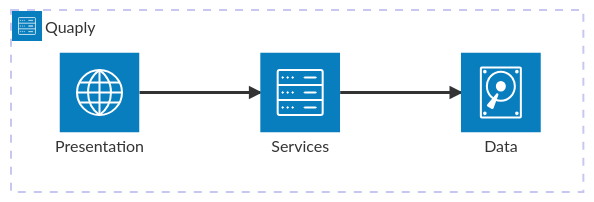
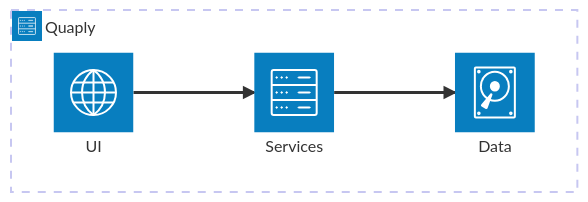
The first of 2 diagrams in Docs/ARCHITECTURE.md (GeMiNiOranGe/Quaply), drawn with Mermaid before and after one commit. The commit also changed other lines of this file, not shown here.

Commit message:
rename 'Presentation' to 'UI' in architecture documentation

````diff
--- a/Docs/ARCHITECTURE.md
+++ b/Docs/ARCHITECTURE.md
@@ -2,12 +2,12 @@
 ```mermaid
 architecture-beta
     group application(server)[Quaply]
 
-    service presentation(internet)[Presentation] in application
+    service ui(internet)[UI] in application
     service services(server)[Services] in application
     service data(disk)[Data] in application
 
-    presentation:R --> L:services
+    ui:R --> L:services
     services:R --> L:data
 
 ```
````
